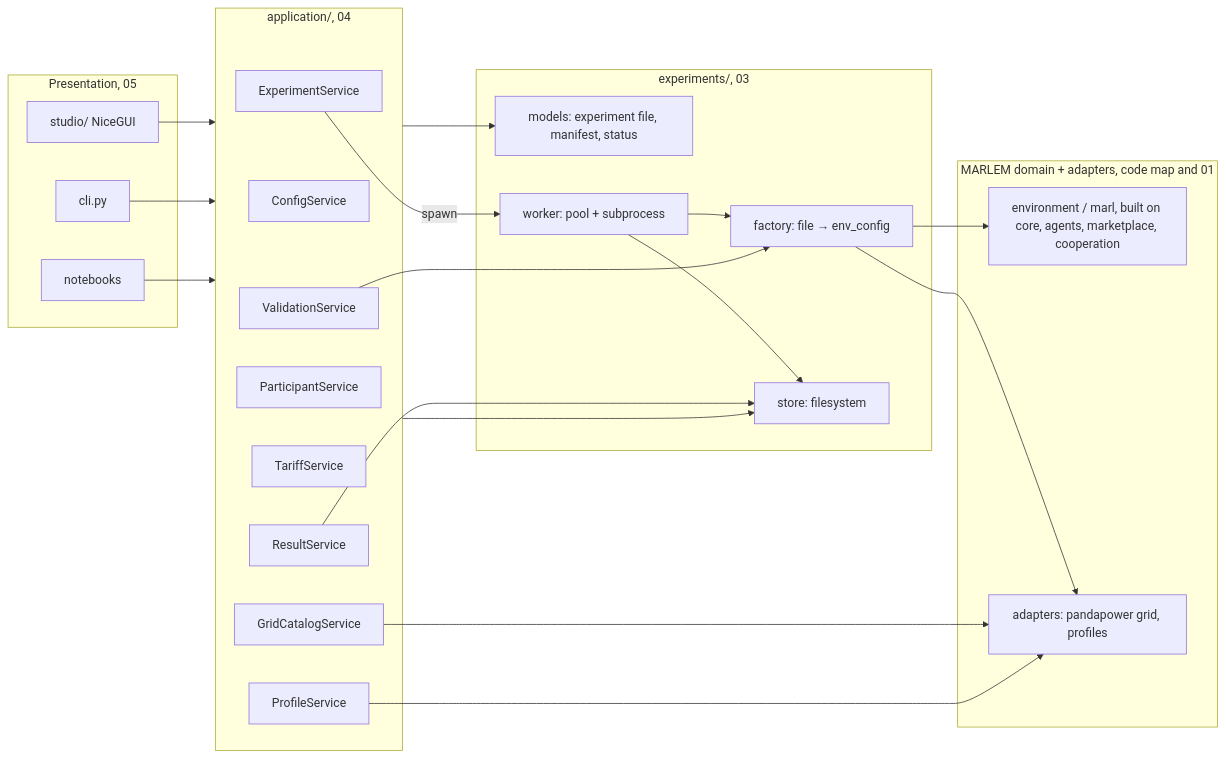
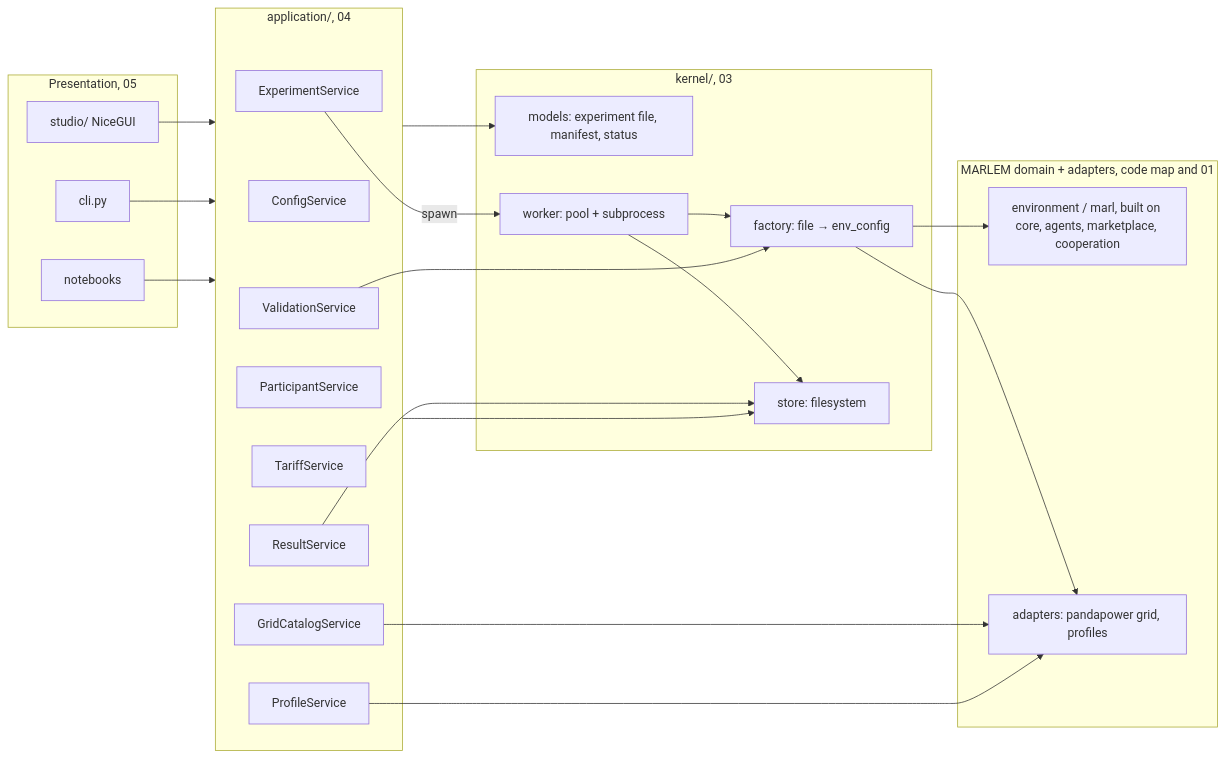
The second of 3 diagrams in docs_thesis/thesis/architecture/README.md (KevinRapo/P2P-thesis), drawn with Mermaid before and after one commit. The commit also changed other lines of this file and 68 other files, not shown here.

Commit message:
refactor(kernel): platform/experiments becomes platform/kernel

````diff
--- a/docs_thesis/thesis/architecture/README.md
+++ b/docs_thesis/thesis/architecture/README.md
@@ -92,41 +92,41 @@
 ```mermaid
 flowchart LR
   subgraph P[Presentation, 05]
     UI[studio/ NiceGUI]
     CLI[cli.py]
     NB[notebooks]
   end
   subgraph A[application/, 04]
     CF[ConfigService]
     GC[GridCatalogService]
     PR[ProfileService]
     PA[ParticipantService]
     TA[TariffService]
     VA[ValidationService]
     EX[ExperimentService]
     RE[ResultService]
   end
-  subgraph E[experiments/, 03]
+  subgraph E[kernel/, 03]
     MOD[models: experiment file, manifest, status]
     FAC[factory: file → env_config]
     STO[store: filesystem]
     WRK[worker: pool + subprocess]
   end
   subgraph D[MARLEM domain + adapters, code map and 01]
     ENV[environment / marl, built on core, agents, marketplace, cooperation]
     ADP[adapters: pandapower grid, profiles]
   end
   UI --> A
   CLI --> A
   NB --> A
   A --> MOD
   A --> STO
   EX -->|spawn| WRK
   WRK --> FAC --> ENV
   FAC --> ADP
   GC --> ADP
   PR --> ADP
   VA --> FAC
   WRK --> STO
   RE --> STO
 ```
````
